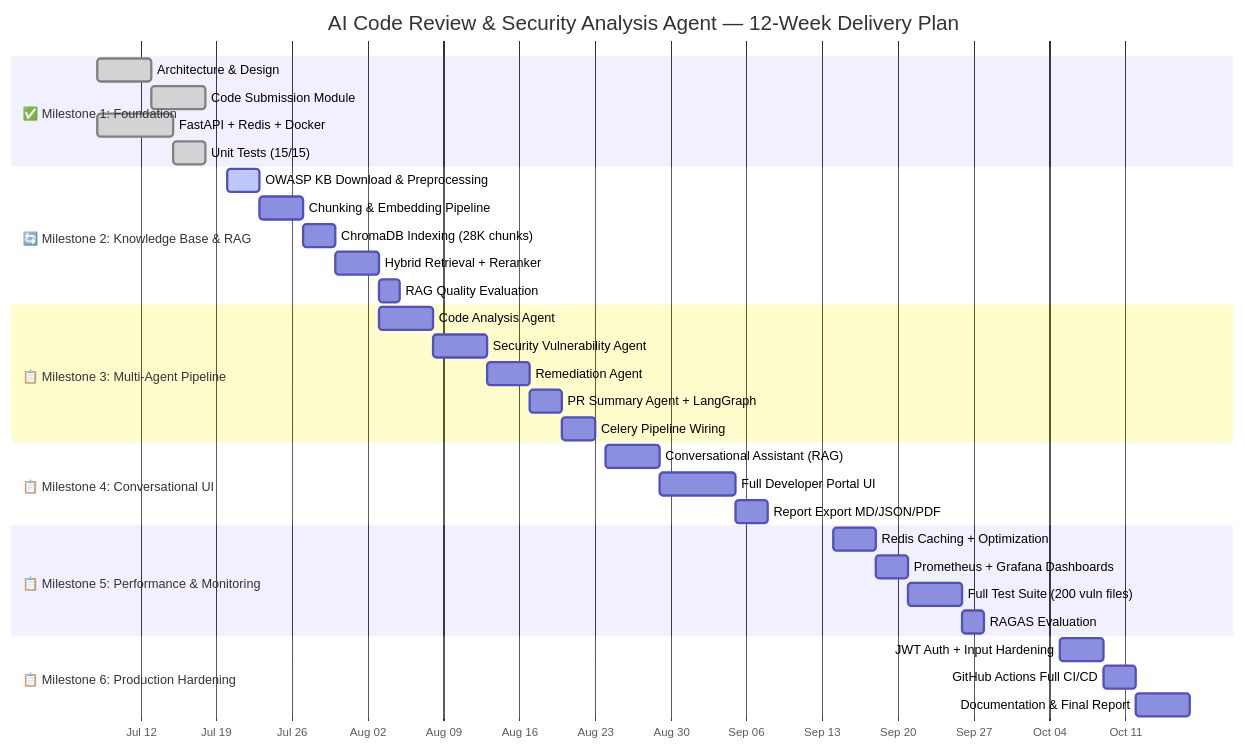
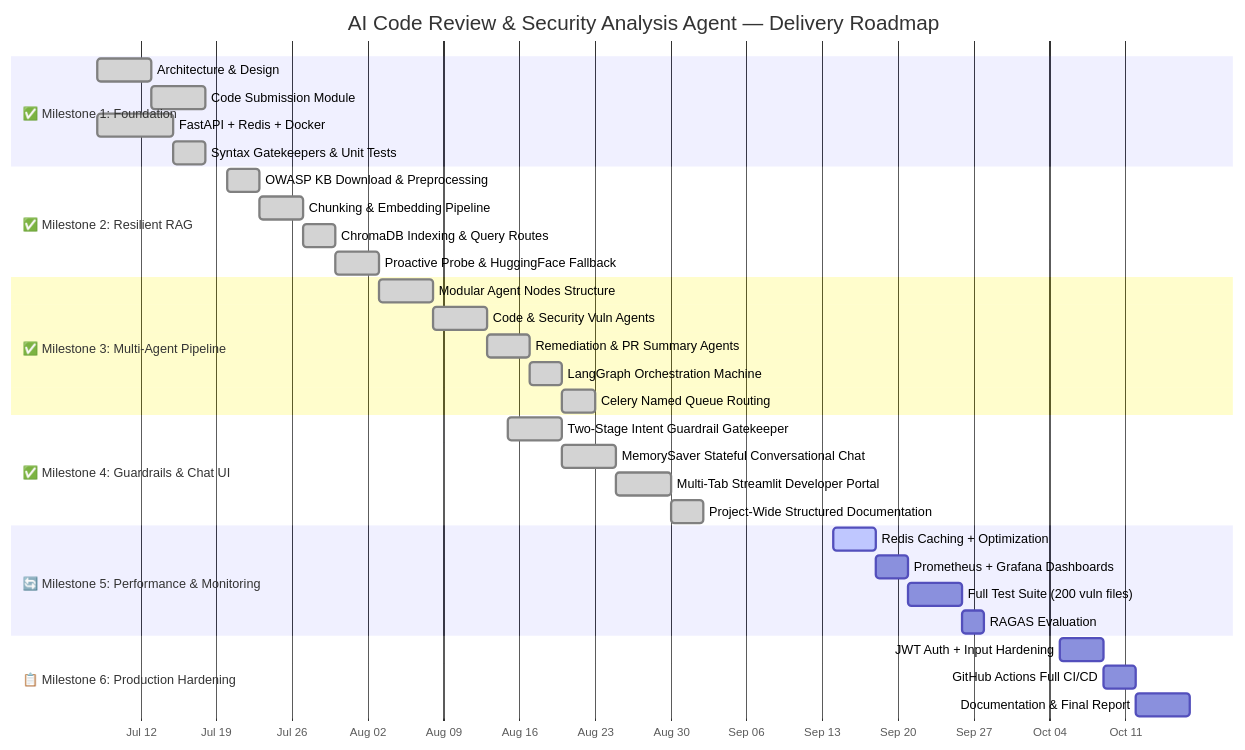
The seventh of 7 diagrams in README.md (shubham0915/AI-Code-Review-Security-Analysis-Agent-Group2), drawn with Mermaid before and after one commit. The commit also changed other lines of this file and 46 other files, not shown here.

Commit message:
feat: complete Milestones 3 & 4 (modular multi-agent pipeline, resilient RAG, intent guardrails, stateful conversational UI, and universal structured docstrings)

````diff
--- a/README.md
+++ b/README.md
@@ -895,42 +951,42 @@
 ```mermaid
 gantt
-    title AI Code Review & Security Analysis Agent — 12-Week Delivery Plan
+    title AI Code Review & Security Analysis Agent — Delivery Roadmap
     dateFormat  YYYY-MM-DD
     axisFormat  %b %d
 
     section ✅ Milestone 1: Foundation
     Architecture & Design              :done, m1a, 2026-07-08, 5d
     Code Submission Module             :done, m1b, after m1a, 5d
     FastAPI + Redis + Docker           :done, m1c, 2026-07-08, 7d
-    Unit Tests (15/15)                 :done, m1d, after m1c, 3d
+    Syntax Gatekeepers & Unit Tests     :done, m1d, after m1c, 3d
 
-    section 🔄 Milestone 2: Knowledge Base & RAG
-    OWASP KB Download & Preprocessing  :active, m2a, 2026-07-20, 3d
-    Chunking & Embedding Pipeline      :m2b, after m2a, 4d
-    ChromaDB Indexing (28K chunks)     :m2c, after m2b, 3d
-    Hybrid Retrieval + Reranker        :m2d, after m2c, 4d
-    RAG Quality Evaluation             :m2e, after m2d, 2d
+    section ✅ Milestone 2: Resilient RAG
+    OWASP KB Download & Preprocessing  :done, m2a, 2026-07-20, 3d
+    Chunking & Embedding Pipeline      :done, m2b, after m2a, 4d
+    ChromaDB Indexing & Query Routes   :done, m2c, after m2b, 3d
+    Proactive Probe & HuggingFace Fallback:done, m2d, after m2c, 4d
 
-    section 📋 Milestone 3: Multi-Agent Pipeline
-    Code Analysis Agent                :m3a, 2026-08-03, 5d
-    Security Vulnerability Agent       :m3b, after m3a, 5d
-    Remediation Agent                  :m3c, after m3b, 4d
-    PR Summary Agent + LangGraph       :m3d, after m3c, 3d
-    Celery Pipeline Wiring             :m3e, after m3d, 3d
+    section ✅ Milestone 3: Multi-Agent Pipeline
+    Modular Agent Nodes Structure      :done, m3a, 2026-08-03, 5d
+    Code & Security Vuln Agents        :done, m3b, after m3a, 5d
+    Remediation & PR Summary Agents      :done, m3c, after m3b, 4d
+    LangGraph Orchestration Machine      :done, m3d, after m3c, 3d
+    Celery Named Queue Routing         :done, m3e, after m3d, 3d
 
-    section 📋 Milestone 4: Conversational UI
-    Conversational Assistant (RAG)     :m4a, 2026-08-24, 5d
-    Full Developer Portal UI           :m4b, after m4a, 7d
-    Report Export MD/JSON/PDF          :m4c, after m4b, 3d
+    section ✅ Milestone 4: Guardrails & Chat UI
+    Two-Stage Intent Guardrail Gatekeeper:done, m4a, 2026-08-15, 5d
+    MemorySaver Stateful Conversational Chat:done, m4b, after m4a, 5d
+    Multi-Tab Streamlit Developer Portal:done, m4c, after m4b, 5d
+    Project-Wide Structured Documentation:done, m4d, after m4c, 3d
 
-    section 📋 Milestone 5: Performance & Monitoring
-    Redis Caching + Optimization       :m5a, 2026-09-14, 4d
+    section 🔄 Milestone 5: Performance & Monitoring
+    Redis Caching + Optimization       :active, m5a, 2026-09-14, 4d
     Prometheus + Grafana Dashboards    :m5b, after m5a, 3d
     Full Test Suite (200 vuln files)   :m5c, after m5b, 5d
     RAGAS Evaluation                   :m5d, after m5c, 2d
 
     section 📋 Milestone 6: Production Hardening
     JWT Auth + Input Hardening         :m6a, 2026-10-05, 4d
     GitHub Actions Full CI/CD          :m6b, after m6a, 3d
     Documentation & Final Report       :m6c, after m6b, 5d
 ```
````
